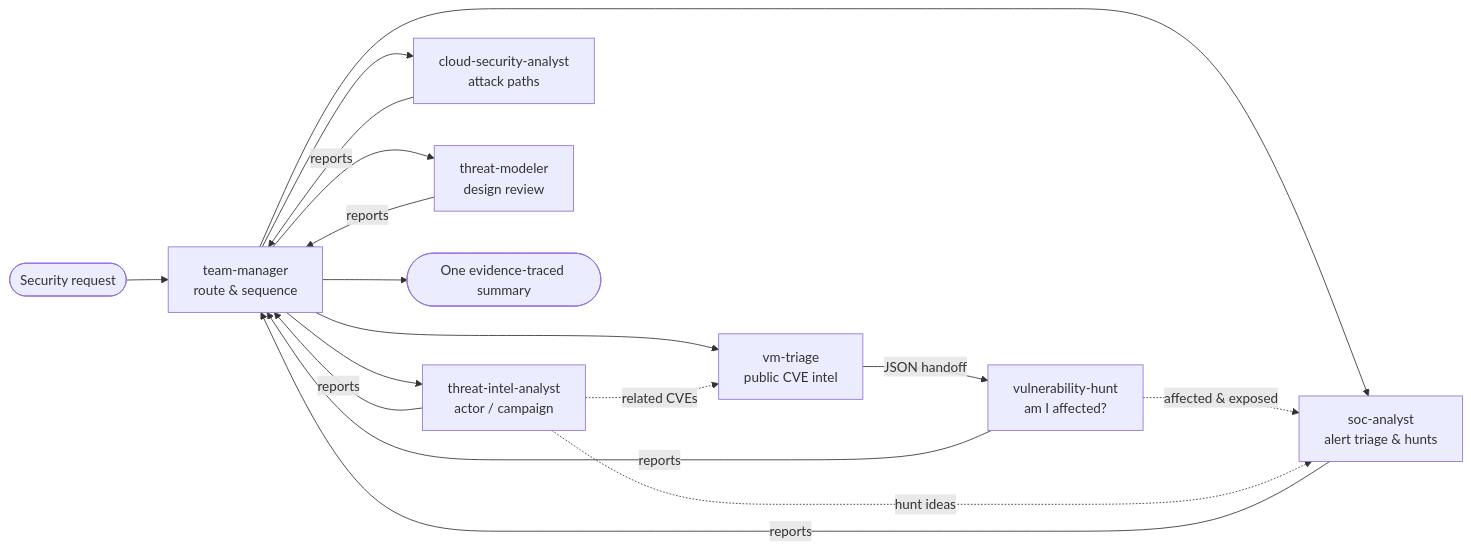
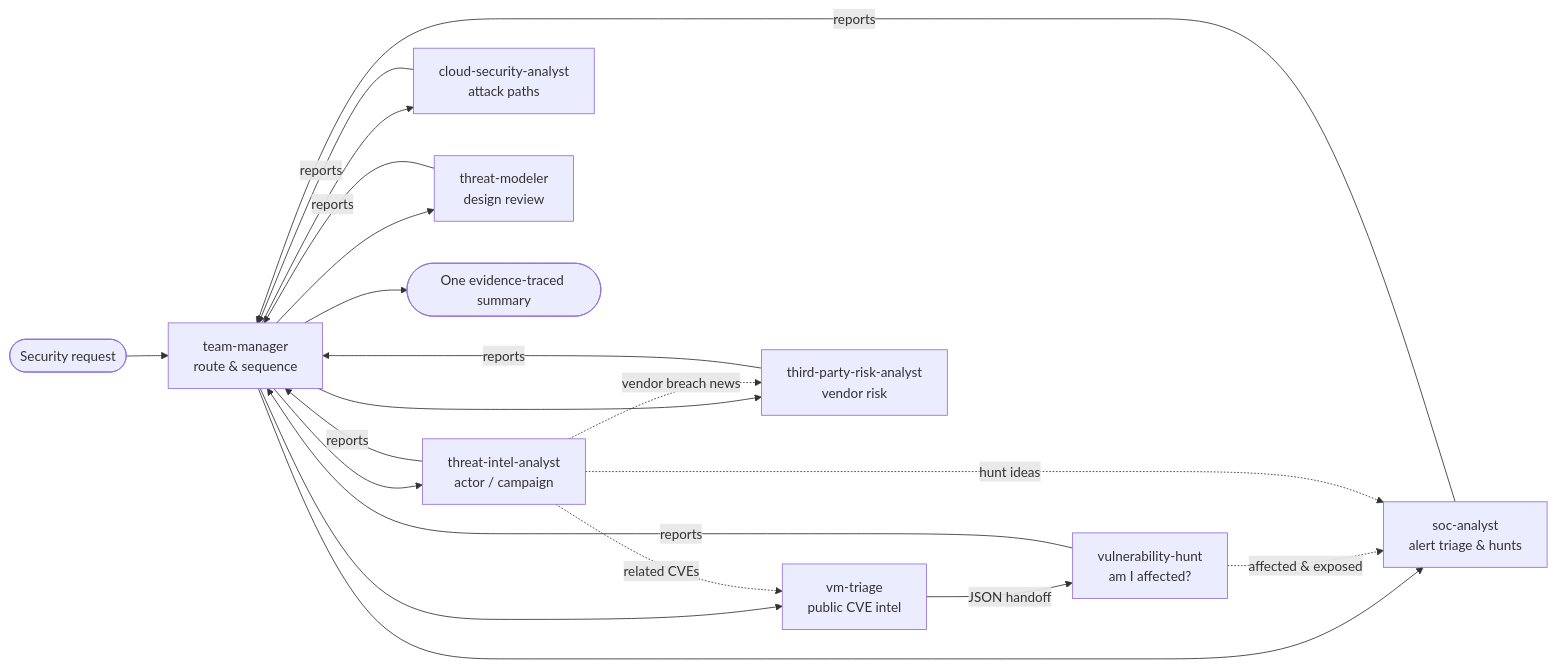
The diagram in README.md (Milind2135/AI-Security-Agents), drawn with Mermaid before and after one commit. The commit also changed other lines of this file and 34 other files, not shown here.

Commit message:
Add third-party-risk-analyst v1.0 with forms, question bank, Excel tool and tests

````diff
--- a/README.md
+++ b/README.md
@@ -25,15 +26,17 @@
 ```mermaid
 flowchart LR
     R([Security request]) --> TM[team-manager<br/>route & sequence]
     TM --> VT[vm-triage<br/>public CVE intel]
     VT -- JSON handoff --> VH[vulnerability-hunt<br/>am I affected?]
     TM --> SOC[soc-analyst<br/>alert triage & hunts]
     VH -. affected & exposed .-> SOC
     TI -. hunt ideas .-> SOC
     TM --> CSA[cloud-security-analyst<br/>attack paths]
     TM --> THM[threat-modeler<br/>design review]
     TM --> TI[threat-intel-analyst<br/>actor / campaign]
+    TM --> TPR[third-party-risk-analyst<br/>vendor risk]
+    TI -. vendor breach news .-> TPR
     TI -. related CVEs .-> VT
-    VH & SOC & CSA & THM & TI -- reports --> TM
+    VH & SOC & CSA & THM & TI & TPR -- reports --> TM
     TM --> S([One evidence-traced summary])
 ```
````
